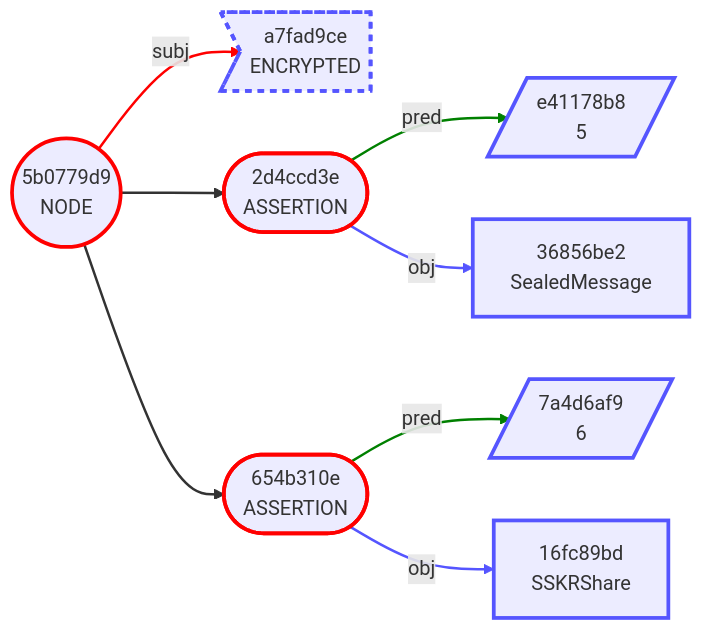
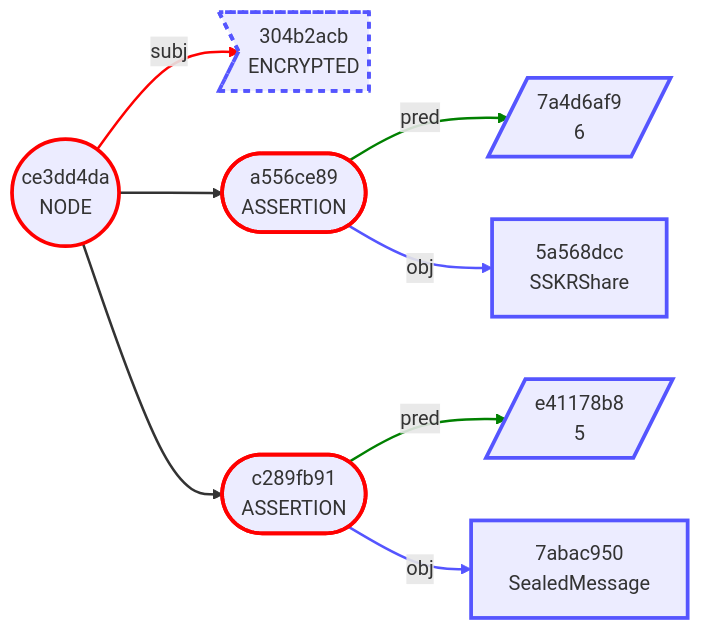
The fourth of 8 diagrams in Envelope/Use-Cases/Healthcare.md (BlockchainCommons/Gordian), drawn with Mermaid before and after one commit. The commit also changed other lines of this file and 5 other files, not shown here.

````diff
--- a/Envelope/Use-Cases/Healthcare.md
+++ b/Envelope/Use-Cases/Healthcare.md
@@ -318,33 +322,33 @@
 ```mermaid
 graph LR
-    1(("5b0779d9<br/>NODE"))
-    2>"a7fad9ce<br/>ENCRYPTED"]
-    3(["2d4ccd3e<br/>ASSERTION"])
-    4[/"e41178b8<br/>5"/]
-    5["36856be2<br/>SealedMessage"]
-    6(["654b310e<br/>ASSERTION"])
-    7[/"7a4d6af9<br/>6"/]
-    8["16fc89bd<br/>SSKRShare"]
+    1(("ce3dd4da<br/>NODE"))
+    2>"304b2acb<br/>ENCRYPTED"]
+    3(["a556ce89<br/>ASSERTION"])
+    4[/"7a4d6af9<br/>6"/]
+    5["5a568dcc<br/>SSKRShare"]
+    6(["c289fb91<br/>ASSERTION"])
+    7[/"e41178b8<br/>5"/]
+    8["7abac950<br/>SealedMessage"]
     1 -->|subj| 2
     1 --> 3
     3 -->|pred| 4
     3 -->|obj| 5
     1 --> 6
     6 -->|pred| 7
     6 -->|obj| 8
     style 1 stroke:red,stroke-width:3.0px
     style 2 stroke:#55f,stroke-width:3.0px,stroke-dasharray:5.0 5.0
     style 3 stroke:red,stroke-width:3.0px
     style 4 stroke:#55f,stroke-width:3.0px
     style 5 stroke:#55f,stroke-width:3.0px
     style 6 stroke:red,stroke-width:3.0px
     style 7 stroke:#55f,stroke-width:3.0px
     style 8 stroke:#55f,stroke-width:3.0px
     linkStyle 0 stroke:red,stroke-width:2.0px
     linkStyle 1 stroke-width:2.0px
     linkStyle 2 stroke:green,stroke-width:2.0px
     linkStyle 3 stroke:#55f,stroke-width:2.0px
     linkStyle 4 stroke-width:2.0px
     linkStyle 5 stroke:green,stroke-width:2.0px
     linkStyle 6 stroke:#55f,stroke-width:2.0px
 ```
````
